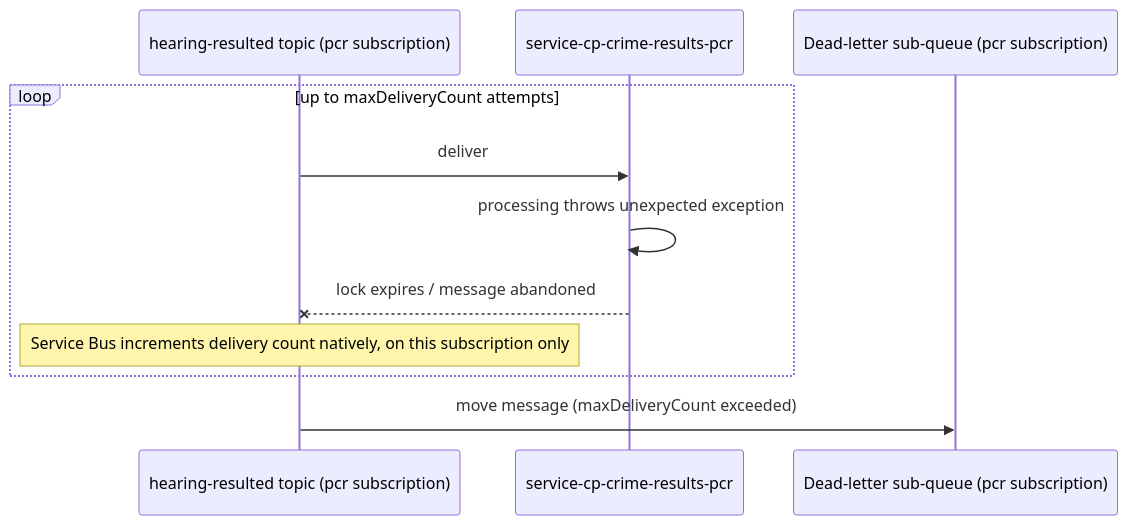
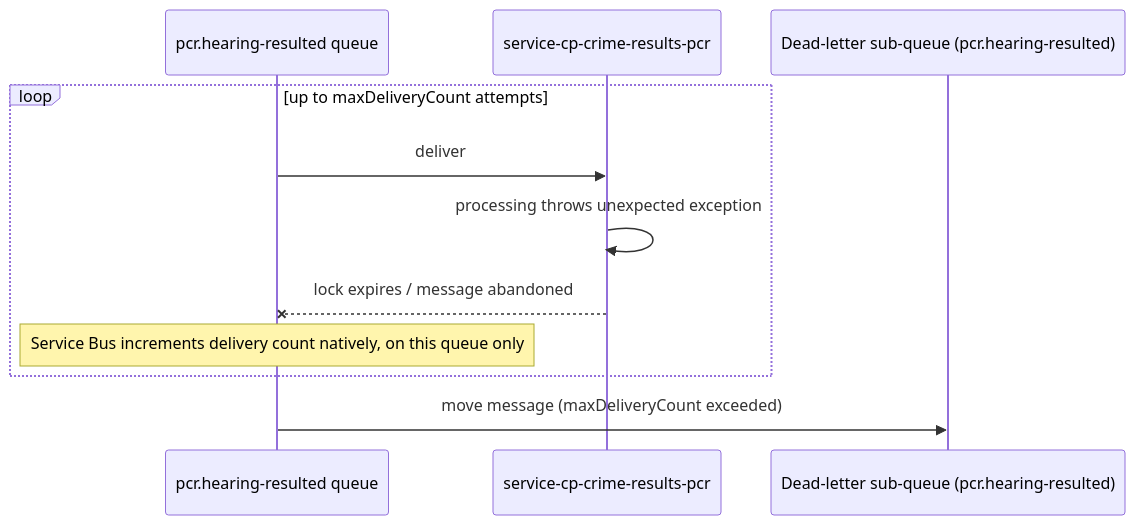
Before and after one commit to hmcts/service-cp-crime-results-pcr: the fifth of 5 diagrams in docs/designs/2026-08-17-pcr-eventgrid-servicebus-ingestion-design.md, drawn with Mermaid. The commit also changed other lines of this file and 1 other file, not shown here.

First line of the commit message:
docs(pcr): revise Service Bus ingestion to a dedicated queue per consumer

````diff
--- a/docs/designs/2026-08-17-pcr-eventgrid-servicebus-ingestion-design.md
+++ b/docs/designs/2026-08-17-pcr-eventgrid-servicebus-ingestion-design.md
@@ -188,14 +195,14 @@
 ```mermaid
 sequenceDiagram
-    participant Q as hearing-resulted topic (pcr subscription)
+    participant Q as pcr.hearing-resulted queue
     participant C as service-cp-crime-results-pcr
-    participant DLQ as Dead-letter sub-queue (pcr subscription)
+    participant DLQ as Dead-letter sub-queue (pcr.hearing-resulted)
 
     loop up to maxDeliveryCount attempts
         Q->>C: deliver
         C->>C: processing throws unexpected exception
         C--xQ: lock expires / message abandoned
-        Note over Q: Service Bus increments delivery count natively, on this subscription only
+        Note over Q: Service Bus increments delivery count natively, on this queue only
     end
     Q->>DLQ: move message (maxDeliveryCount exceeded)
 ```
````
